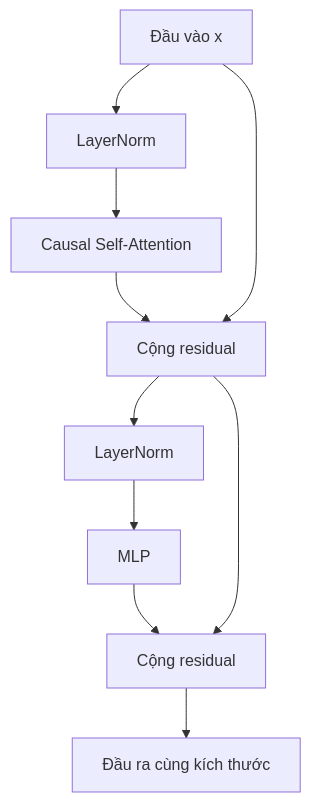
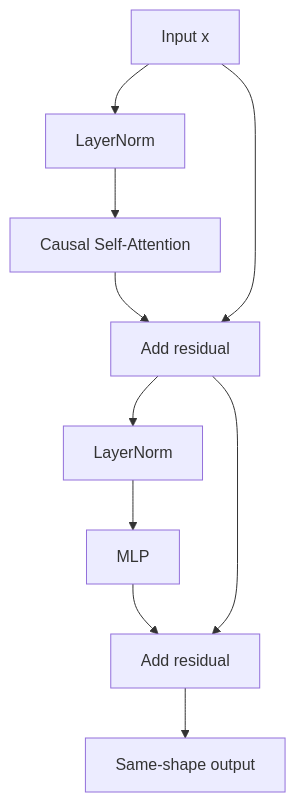
Before and after one commit to Tinnnn-vn/Deep-Learning: the second of 2 diagrams in Gen-AI/transformer.md, drawn with Mermaid. The commit also changed other lines of this file, not shown here.

````diff
--- a/Gen-AI/transformer.md
+++ b/Gen-AI/transformer.md
@@ -42,12 +42,12 @@
 ```mermaid
 flowchart TD
-    X[Đầu vào x] --> L1[LayerNorm]
+    X[Input x] --> L1[LayerNorm]
     L1 --> A[Causal Self-Attention]
-    A --> R1[Cộng residual]
+    A --> R1[Add residual]
     X --> R1
     R1 --> L2[LayerNorm]
     L2 --> M[MLP]
-    M --> R2[Cộng residual]
+    M --> R2[Add residual]
     R1 --> R2
-    R2 --> Y[Đầu ra cùng kích thước]
+    R2 --> Y[Same-shape output]
 ```
````
